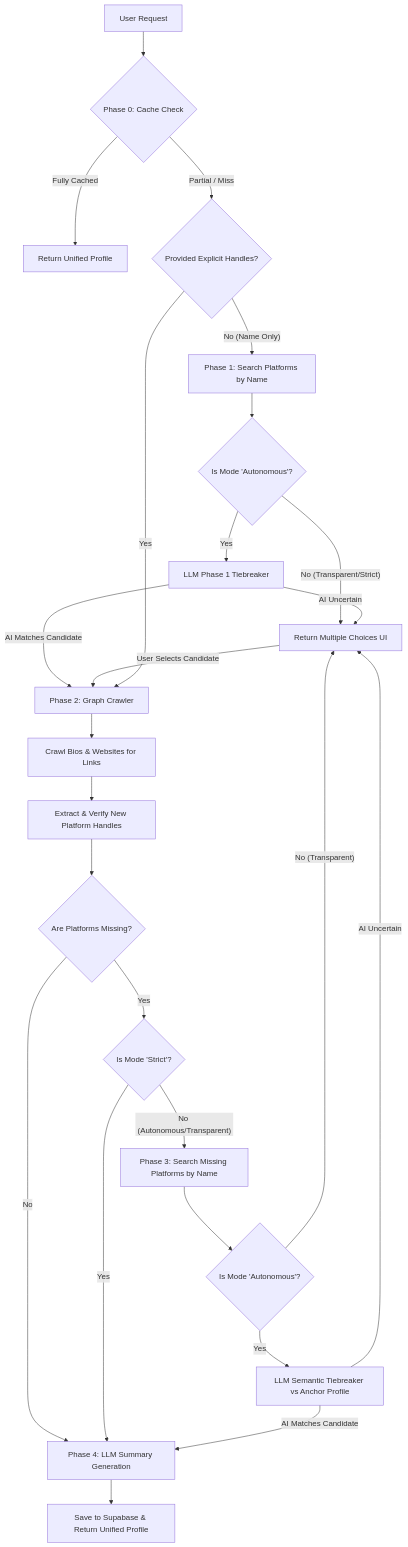
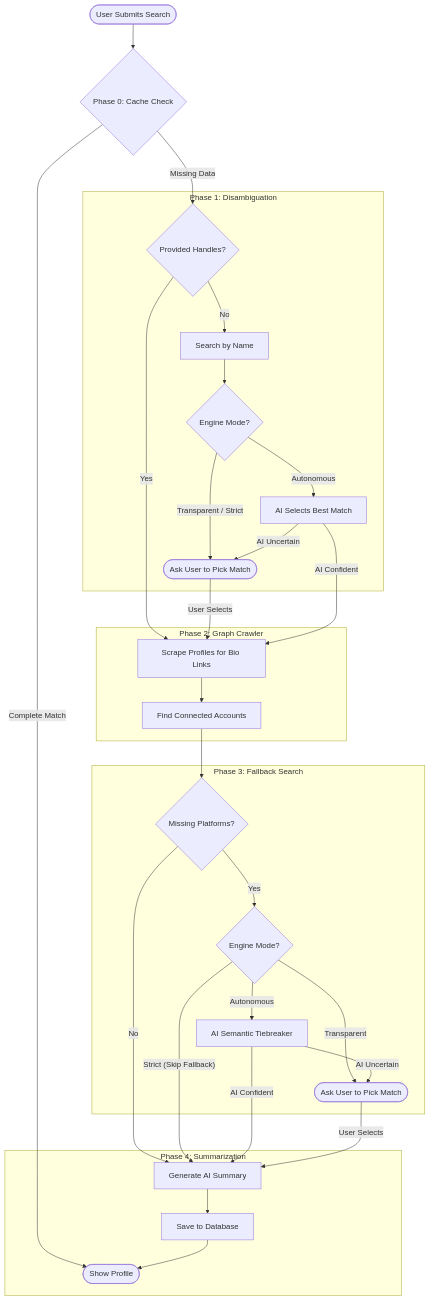
One commit to Niteshkrjhag/Dev-Profile-Unifier changed the diagram in README.md. Above: the diagram before and after it, drawn with Mermaid.

Commit message:
docs: Simplify Mermaid diagram flow visualization

````diff
--- a/README.md
+++ b/README.md
@@ -27,34 +27,38 @@
 ```mermaid
 graph TD
-    A[User Request] --> B{Phase 0: Cache Check}
-    B -- Fully Cached --> C[Return Unified Profile]
-    B -- Partial / Miss --> D{Provided Explicit Handles?}
-    
-    D -- No (Name Only) --> E[Phase 1: Search Platforms by Name]
-    E --> E1{Is Mode 'Autonomous'?}
-    E1 -- No (Transparent/Strict) --> E2[Return Multiple Choices UI]
-    E1 -- Yes --> E3[LLM Phase 1 Tiebreaker]
-    E3 -- AI Matches Candidate --> F
-    E3 -- AI Uncertain --> E2
-    
-    E2 -- User Selects Candidate --> F[Phase 2: Graph Crawler]
-    D -- Yes --> F
-    
-    F --> G[Crawl Bios & Websites for Links]
-    G --> H[Extract & Verify New Platform Handles]
-    H --> I{Are Platforms Missing?}
-    
-    I -- No --> L[Phase 4: LLM Summary Generation]
-    I -- Yes --> J{Is Mode 'Strict'?}
-    J -- Yes --> L
-    J -- No (Autonomous/Transparent) --> K[Phase 3: Search Missing Platforms by Name]
-    
-    K --> K1{Is Mode 'Autonomous'?}
-    K1 -- No (Transparent) --> E2
-    K1 -- Yes --> K2[LLM Semantic Tiebreaker vs Anchor Profile]
-    
-    K2 -- AI Matches Candidate --> L
-    K2 -- AI Uncertain --> E2
-    
-    L --> M[Save to Supabase & Return Unified Profile]
+    Start([User Submits Search]) --> Phase0{Phase 0: Cache Check}
+    Phase0 -- "Complete Match" --> End([Show Profile])
+    Phase0 -- "Missing Data" --> HasHandles{Provided Handles?}
+
+    subgraph "Phase 1: Disambiguation"
+        HasHandles -- "No" --> Search1[Search by Name]
+        Search1 --> Mode1{Engine Mode?}
+        Mode1 -- "Autonomous" --> AI1[AI Selects Best Match]
+        Mode1 -- "Transparent / Strict" --> AskUser1([Ask User to Pick Match])
+        AI1 -- "AI Uncertain" --> AskUser1
+    end
+
+    subgraph "Phase 2: Graph Crawler"
+        HasHandles -- "Yes" --> Crawl[Scrape Profiles for Bio Links]
+        AskUser1 -- "User Selects" --> Crawl
+        AI1 -- "AI Confident" --> Crawl
+        Crawl --> Extract[Find Connected Accounts]
+    end
+
+    subgraph "Phase 3: Fallback Search"
+        Extract --> Missing{Missing Platforms?}
+        Missing -- "Yes" --> Mode3{Engine Mode?}
+        Mode3 -- "Autonomous" --> AI3[AI Semantic Tiebreaker]
+        Mode3 -- "Transparent" --> AskUser2([Ask User to Pick Match])
+        AI3 -- "AI Uncertain" --> AskUser2
+    end
+
+    subgraph "Phase 4: Summarization"
+        Missing -- "No" --> Final[Generate AI Summary]
+        Mode3 -- "Strict (Skip Fallback)" --> Final
+        AI3 -- "AI Confident" --> Final
+        AskUser2 -- "User Selects" --> Final
+        Final --> DB[Save to Database]
+        DB --> End
+    end
 ```
````
